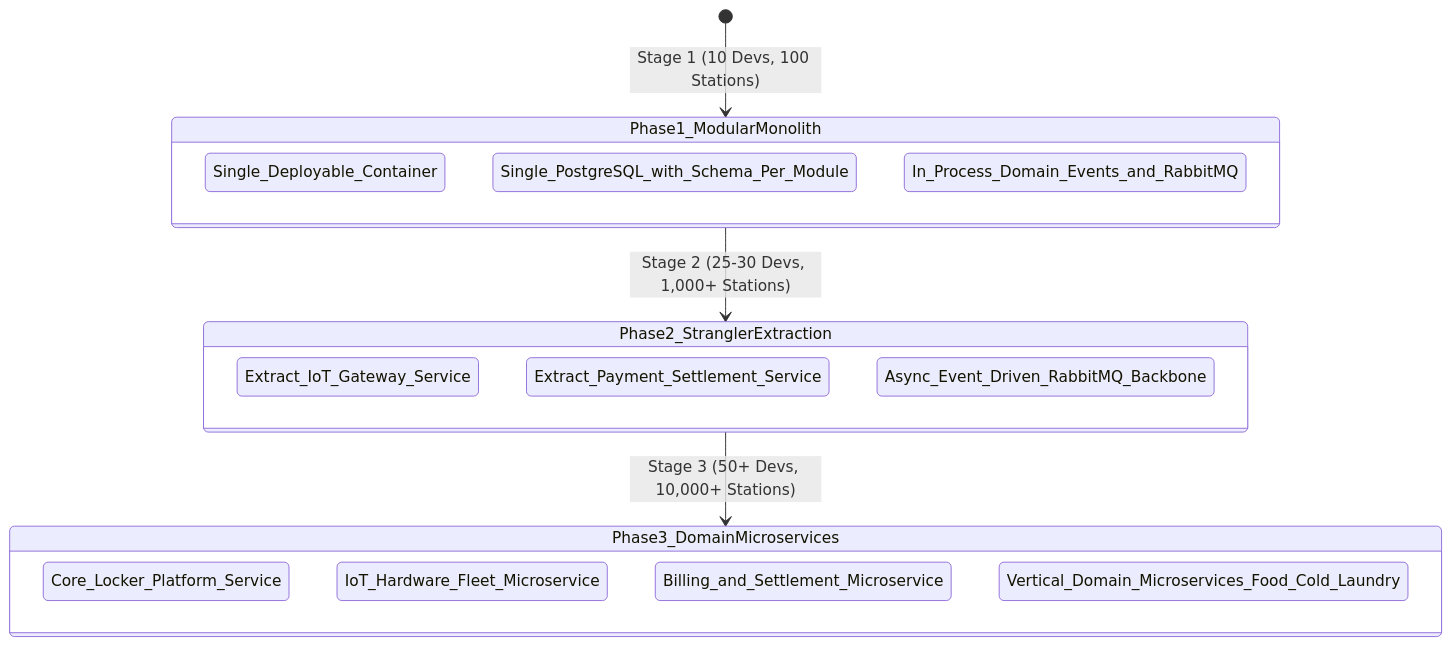
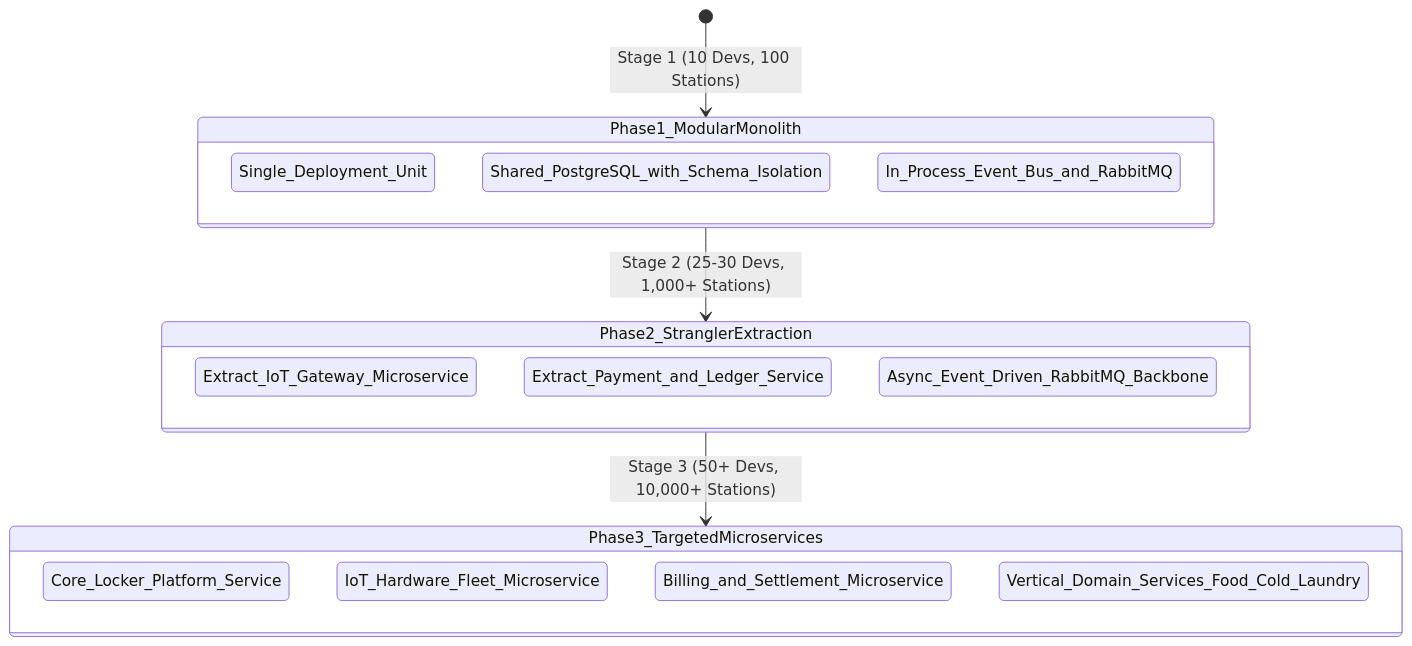
Before and after one commit to napaporn-s/lockgo-platform: the second of 6 diagrams in docs/02_SYSTEM_ARCHITECTURE.md, drawn with Mermaid. The commit also changed other lines of this file and 15 other files, not shown here.

````diff
--- a/docs/02_SYSTEM_ARCHITECTURE.md
+++ b/docs/02_SYSTEM_ARCHITECTURE.md
@@ -143,25 +140,25 @@
 ```mermaid
 stateDiagram-v2
     [*] --> Phase1_ModularMonolith: Stage 1 (10 Devs, 100 Stations)
     Phase1_ModularMonolith --> Phase2_StranglerExtraction: Stage 2 (25-30 Devs, 1,000+ Stations)
-    Phase2_StranglerExtraction --> Phase3_DomainMicroservices: Stage 3 (50+ Devs, 10,000+ Stations)
+    Phase2_StranglerExtraction --> Phase3_TargetedMicroservices: Stage 3 (50+ Devs, 10,000+ Stations)
 
     state Phase1_ModularMonolith {
-        Single_Deployable_Container
-        Single_PostgreSQL_with_Schema_Per_Module
-        In_Process_Domain_Events_and_RabbitMQ
+        Single_Deployment_Unit
+        Shared_PostgreSQL_with_Schema_Isolation
+        In_Process_Event_Bus_and_RabbitMQ
     }
 
     state Phase2_StranglerExtraction {
-        Extract_IoT_Gateway_Service
-        Extract_Payment_Settlement_Service
+        Extract_IoT_Gateway_Microservice
+        Extract_Payment_and_Ledger_Service
         Async_Event_Driven_RabbitMQ_Backbone
     }
 
-    state Phase3_DomainMicroservices {
+    state Phase3_TargetedMicroservices {
         Core_Locker_Platform_Service
         IoT_Hardware_Fleet_Microservice
         Billing_and_Settlement_Microservice
-        Vertical_Domain_Microservices_Food_Cold_Laundry
+        Vertical_Domain_Services_Food_Cold_Laundry
     }
 ```
````
